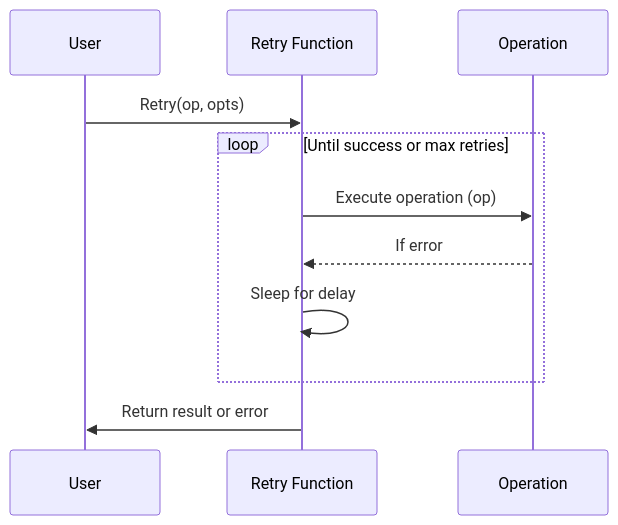
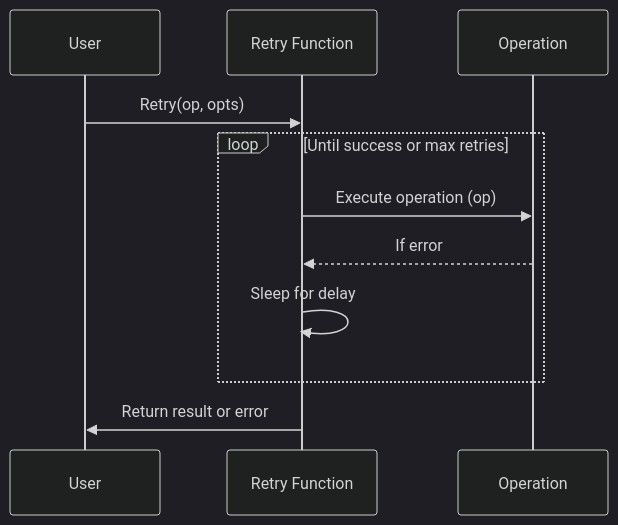
One commit to hoshiimo-se/retry changed the diagram in README.md. Above: the diagram before and after it, drawn with Mermaid.

Commit message:
Change readme theme

````diff
--- a/README.md
+++ b/README.md
@@ -9,14 +9,15 @@
 ```mermaid
+%%{init:{'theme':'dark'}}%%
 sequenceDiagram
     participant User
     participant Retry Function
     participant Operation
 
     User->>Retry Function: Retry(op, opts)
     loop Until success or max retries
         Retry Function->>Operation: Execute operation (op)
         Operation-->>Retry Function: If error
         Retry Function->>Retry Function: Sleep for delay
     end
     Retry Function->>User: Return result or error
 ```
````
